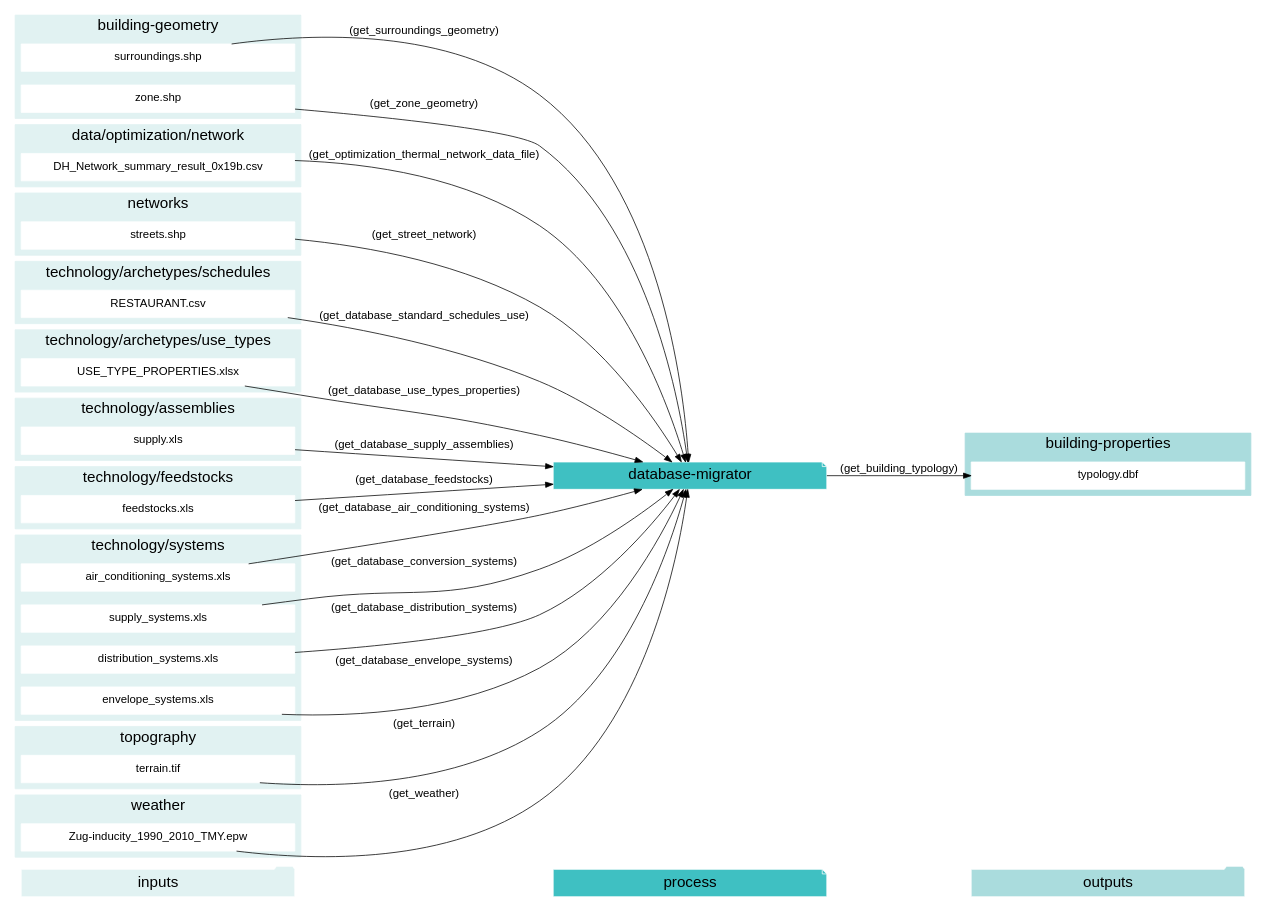
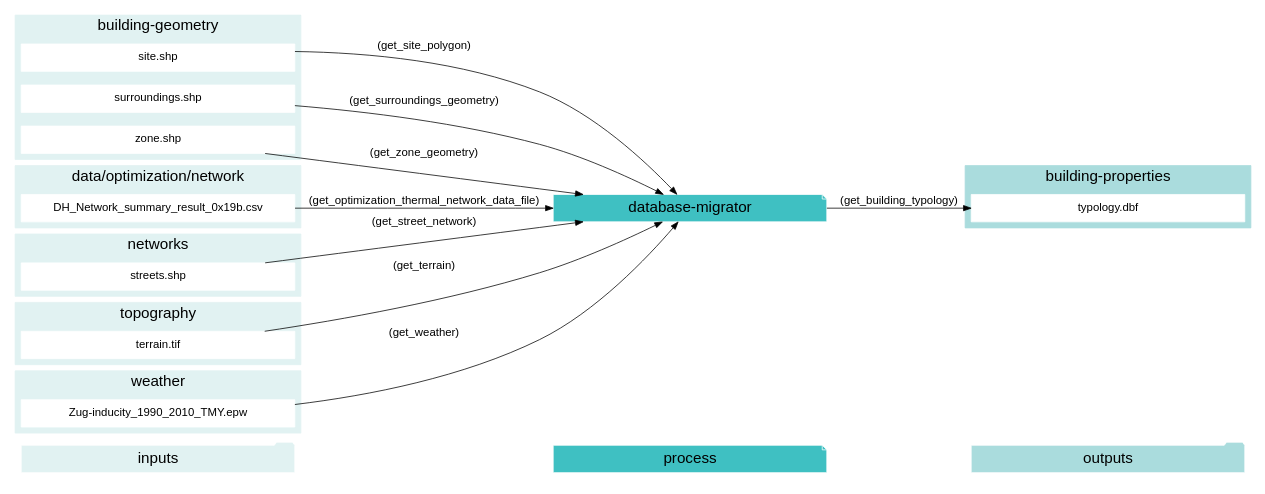
One commit to architecture-building-systems/CityEnergyAnalyst changed diagram 12 of 23 in docs/script-data-flow.rst. Above: the diagram before and after it, drawn with Graphviz. The commit also changed other lines of this file and 24 other files, not shown here.

```diff
--- a/docs/script-data-flow.rst
+++ b/docs/script-data-flow.rst
@@ -1502,6 +1149,7 @@
         fontsize = 20;
         rank=same;
         label="building-geometry";
+        "site.shp"
         "surroundings.shp"
         "zone.shp"
     }
@@ -1534,53 +1182,10 @@
         color = "#E1F2F2";
         fontsize = 20;
         rank=same;
-        label="technology/archetypes/schedules";
-        "RESTAURANT.csv"
-    }
-    subgraph cluster_5_in {
-        style = filled;
-        color = "#E1F2F2";
-        fontsize = 20;
-        rank=same;
-        label="technology/archetypes/use_types";
-        "USE_TYPE_PROPERTIES.xlsx"
-    }
-    subgraph cluster_6_in {
-        style = filled;
-        color = "#E1F2F2";
-        fontsize = 20;
-        rank=same;
-        label="technology/assemblies";
-        "supply.xls"
-    }
-    subgraph cluster_7_in {
-        style = filled;
-        color = "#E1F2F2";
-        fontsize = 20;
-        rank=same;
-        label="technology/feedstocks";
-        "feedstocks.xls"
-    }
-    subgraph cluster_8_in {
-        style = filled;
-        color = "#E1F2F2";
-        fontsize = 20;
-        rank=same;
-        label="technology/systems";
-        "air_conditioning_systems.xls"
-        "supply_systems.xls"
-        "distribution_systems.xls"
-        "envelope_systems.xls"
-    }
-    subgraph cluster_9_in {
-        style = filled;
-        color = "#E1F2F2";
-        fontsize = 20;
-        rank=same;
         label="topography";
         "terrain.tif"
     }
-    subgraph cluster_10_in {
+    subgraph cluster_5_in {
         style = filled;
         color = "#E1F2F2";
         fontsize = 20;
@@ -1588,15 +1193,8 @@
         label="weather";
         "Zug-inducity_1990_2010_TMY.epw"
     }
-    "air_conditioning_systems.xls" -> "database-migrator"[label="(get_database_air_conditioning_systems)"]
-    "supply_systems.xls" -> "database-migrator"[label="(get_database_conversion_systems)"]
-    "distribution_systems.xls" -> "database-migrator"[label="(get_database_distribution_systems)"]
-    "envelope_systems.xls" -> "database-migrator"[label="(get_database_envelope_systems)"]
-    "feedstocks.xls" -> "database-migrator"[label="(get_database_feedstocks)"]
-    "RESTAURANT.csv" -> "database-migrator"[label="(get_database_standard_schedules_use)"]
-    "supply.xls" -> "database-migrator"[label="(get_database_supply_assemblies)"]
-    "USE_TYPE_PROPERTIES.xlsx" -> "database-migrator"[label="(get_database_use_types_properties)"]
     "DH_Network_summary_result_0x19b.csv" -> "database-migrator"[label="(get_optimization_thermal_network_data_file)"]
+    "site.shp" -> "database-migrator"[label="(get_site_polygon)"]
     "streets.shp" -> "database-migrator"[label="(get_street_network)"]
     "surroundings.shp" -> "database-migrator"[label="(get_surroundings_geometry)"]
     "terrain.tif" -> "database-migrator"[label="(get_terrain)"]
```
